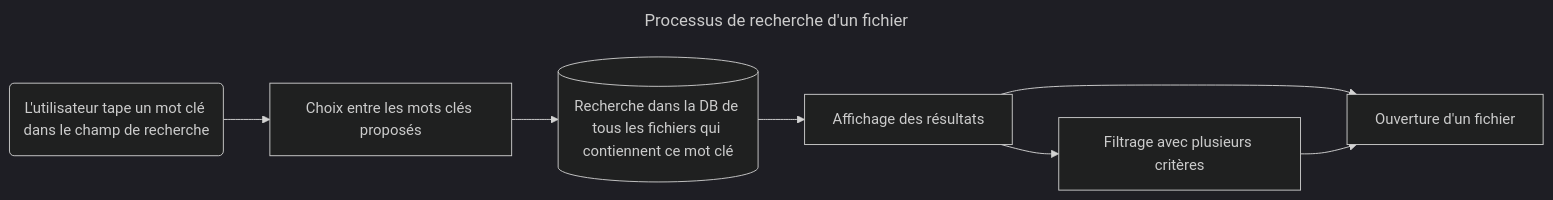
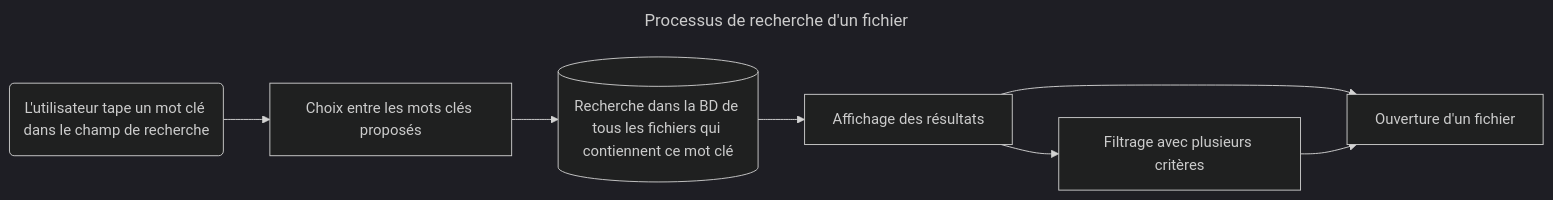
Before and after one commit to Zbebz/caverne-dAli-baba: the fourth of 4 diagrams in rapport.md, drawn with Mermaid (dark theme). The commit also changed other lines of this file, not shown here.

Commit message:
(rapport) Methodolgie chapter, Choix des technologies Removed Tech Stack and MVPs section

````diff
--- a/rapport.md
+++ b/rapport.md
@@ -234,8 +218,8 @@
 ```mermaid
 ---
 title: Processus de recherche d'un fichier
 ---
 flowchart LR
-id1("`L'utilisateur tape un mot clé dans le champ de recherche`")-->id2[Choix entre les mots clés proposés]-->id3[("`Recherche dans la DB de tous les fichiers qui contiennent ce mot clé`")]-->id4["`Affichage des résultats`" ]-->id5["`Ouverture d'un fichier`" ]
+id1("`L'utilisateur tape un mot clé dans le champ de recherche`")-->id2[Choix entre les mots clés proposés]-->id3[("`Recherche dans la BD de tous les fichiers qui contiennent ce mot clé`")]-->id4["`Affichage des résultats`" ]-->id5["`Ouverture d'un fichier`" ]
 id4-->id6["`Filtrage avec plusieurs critères`" ]-->id5
 ```
````
